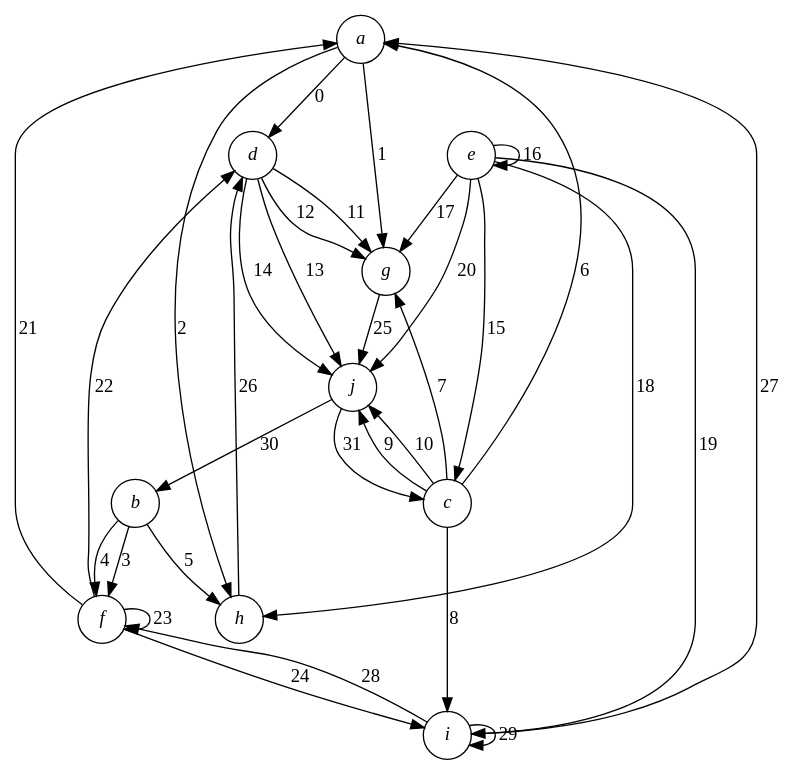
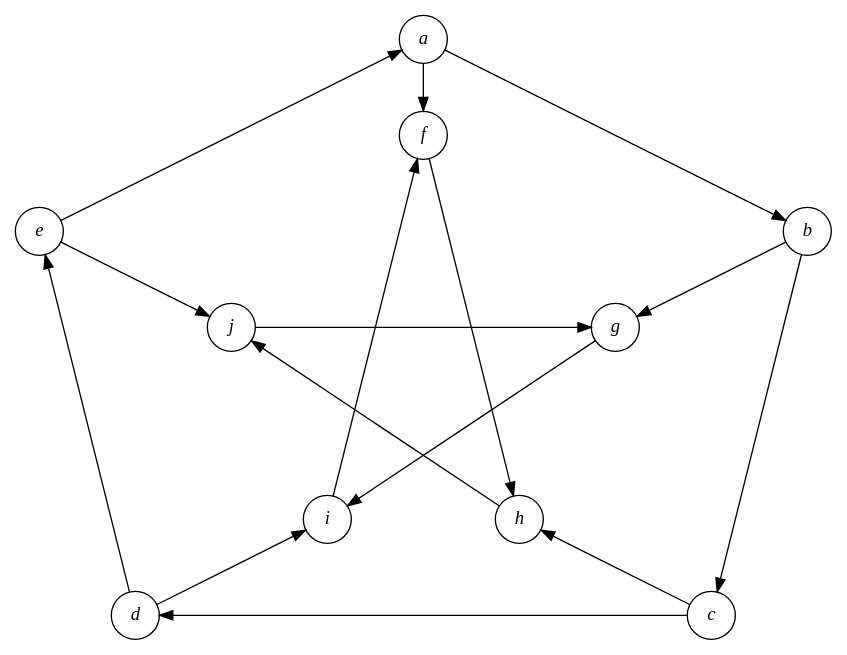
One commit to qbit86/arborescence changed the diagram in src/Ubiquitous.Workbench/IndexedGraphs/05.gv. Above: the diagram before and after it, drawn with Graphviz.

Commit message:
Add Petersen directed graph as "05".

```diff
--- a/src/Ubiquitous.Workbench/IndexedGraphs/05.gv
+++ b/src/Ubiquitous.Workbench/IndexedGraphs/05.gv
@@ -1,36 +1,29 @@
-digraph "Sorted" {
+digraph "Petersen Directed" {
+  layout="neato"
   node [shape=circle fontname="Times-Italic"]
-  a b c d e f g h i j
-  a -> d [label=0]
-  a -> g [label=1]
-  a -> h [label=2]
-  b -> f [label=3]
-  b -> f [label=4]
-  b -> h [label=5]
-  c -> a [label=6]
-  c -> g [label=7]
-  c -> i [label=8]
-  c -> j [label=9]
-  c -> j [label=10]
-  d -> g [label=11]
-  d -> g [label=12]
-  d -> j [label=13]
-  d -> j [label=14]
-  e -> c [label=15]
-  e -> e [label=16]
-  e -> g [label=17]
-  e -> h [label=18]
-  e -> i [label=19]
-  e -> j [label=20]
-  f -> a [label=21]
-  f -> d [label=22]
-  f -> f [label=23]
-  f -> i [label=24]
-  g -> j [label=25]
-  h -> d [label=26]
-  i -> a [label=27]
-  i -> f [label=28]
-  i -> i [label=29]
-  j -> b [label=30]
-  j -> c [label=31]
+  a [pos="0,4!"]
+  b [pos="4,2!"]
+  c [pos="3,-2!"]
+  d [pos="-3,-2!"]
+  e [pos="-4,2!"]
+  f [pos="0,3!"]
+  g [pos="2,1!"]
+  h [pos="1,-1!"]
+  i [pos="-1,-1!"]
+  j [pos="-2,1!"]
+  a -> b
+  b -> c
+  c -> d
+  d -> e
+  e -> a
+  f -> h
+  h -> j
+  j -> g
+  g -> i
+  i -> f
+  a -> f
+  b -> g
+  c -> h
+  d -> i
+  e -> j
 }
```
